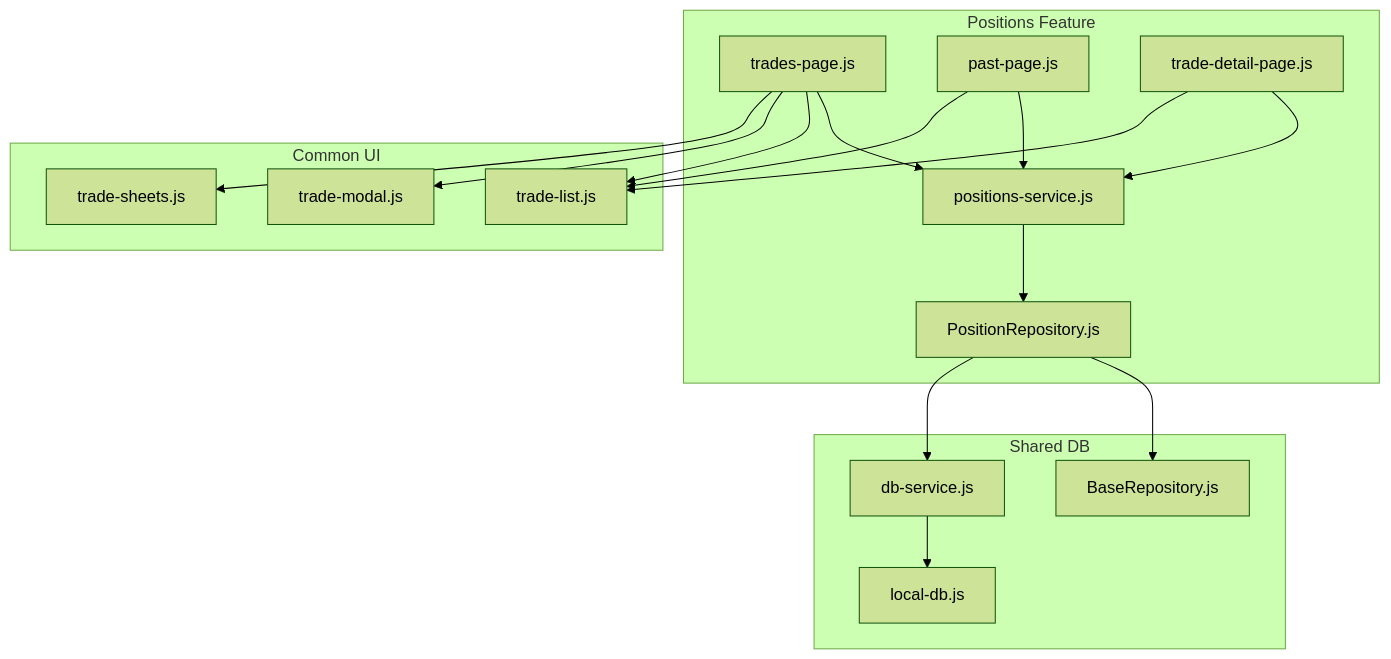
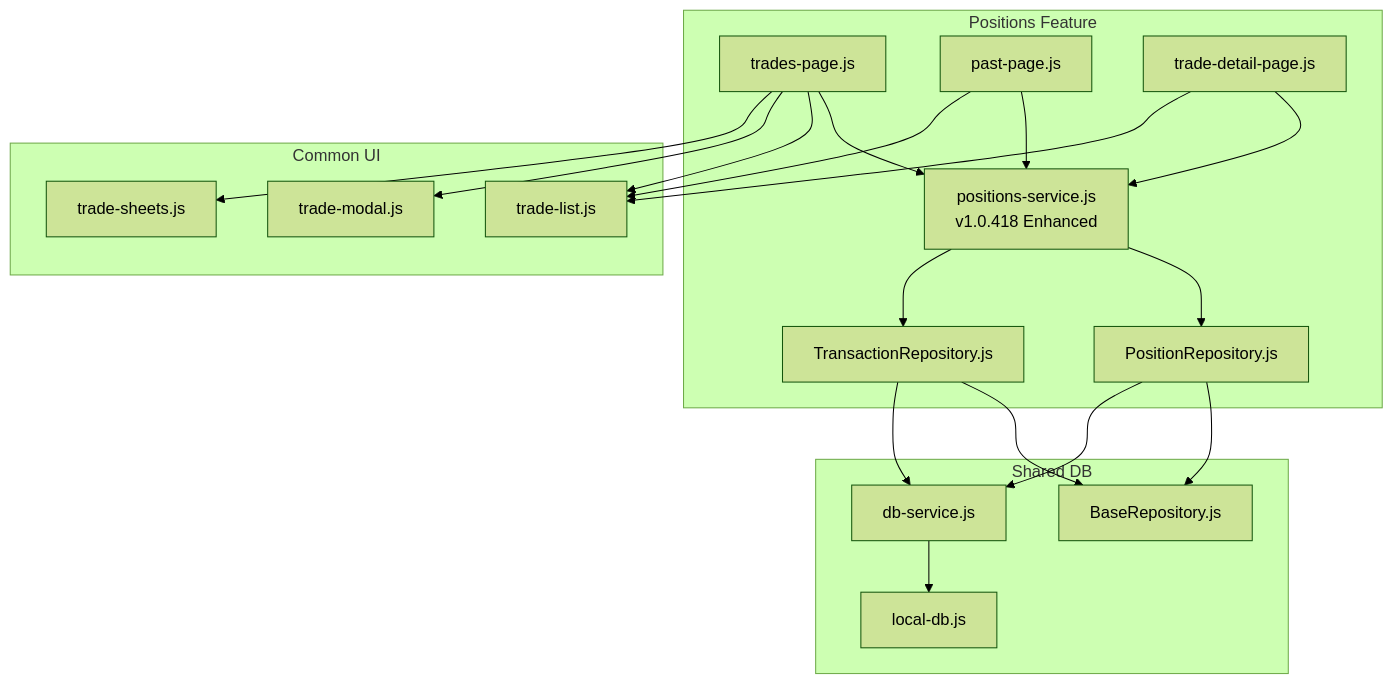
The first of 12 diagrams in .qoder/repowiki/en/content/Core Features/Positions Tracking/Positions Tracking.md (iliyas77/MTF-monitor), drawn with Mermaid (forest theme) before and after one commit. The commit also changed other lines of this file and 46 other files, not shown here.

````diff
--- a/.qoder/repowiki/en/content/Core Features/Positions Tracking/Positions Tracking.md
+++ b/.qoder/repowiki/en/content/Core Features/Positions Tracking/Positions Tracking.md
@@ -42,32 +52,36 @@
 ```mermaid
 graph TB
 subgraph "Positions Feature"
 TRP["trades-page.js"]
 PAST["past-page.js"]
 DETAIL["trade-detail-page.js"]
-SVC["positions-service.js"]
+SVC["positions-service.js<br/>v1.0.418 Enhanced"]
 REPO["PositionRepository.js"]
+TXREPO["TransactionRepository.js"]
 end
 subgraph "Shared DB"
 BASE["BaseRepository.js"]
 DBS["db-service.js"]
 LOCAL["local-db.js"]
 end
 subgraph "Common UI"
 LIST["trade-list.js"]
 MODAL["trade-modal.js"]
 SHEETS["trade-sheets.js"]
 end
 TRP --> SVC
 PAST --> SVC
 DETAIL --> SVC
 SVC --> REPO
+SVC --> TXREPO
 REPO --> BASE
+TXREPO --> BASE
 REPO --> DBS
+TXREPO --> DBS
 DBS --> LOCAL
 TRP --> LIST
 TRP --> MODAL
 TRP --> SHEETS
 PAST --> LIST
 DETAIL --> LIST
 ```
````
